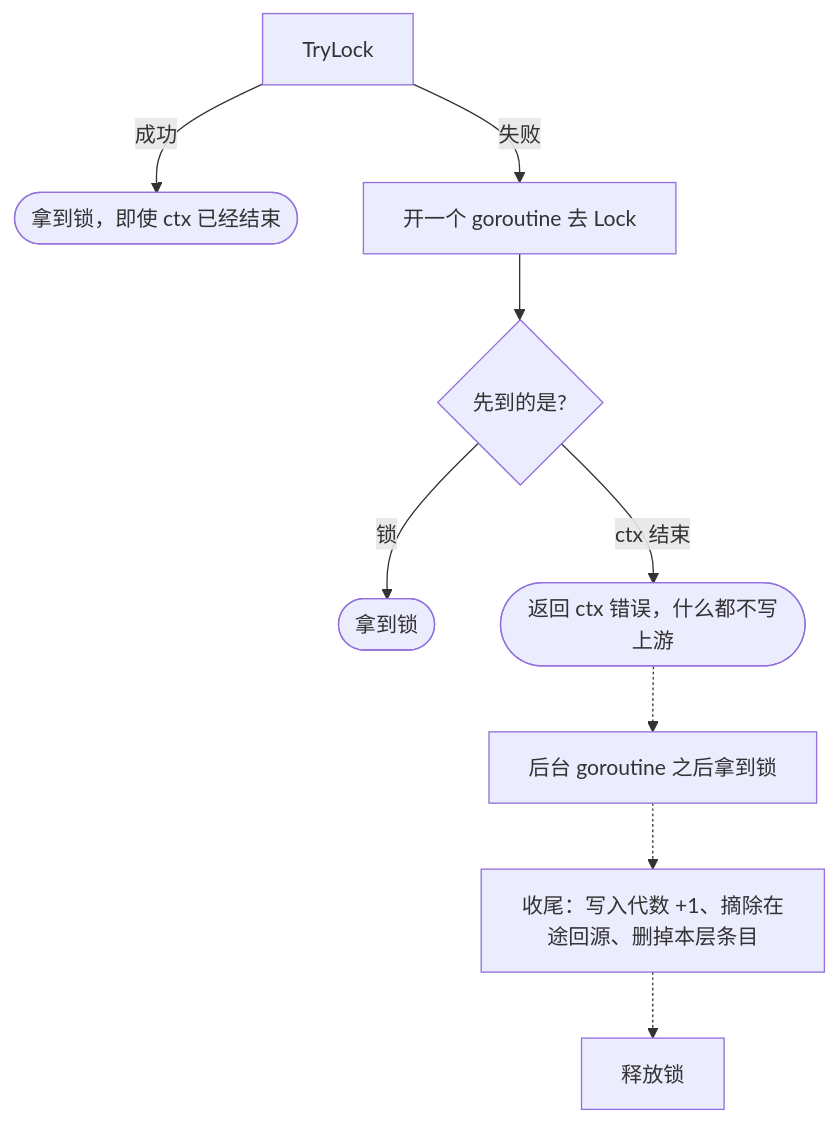
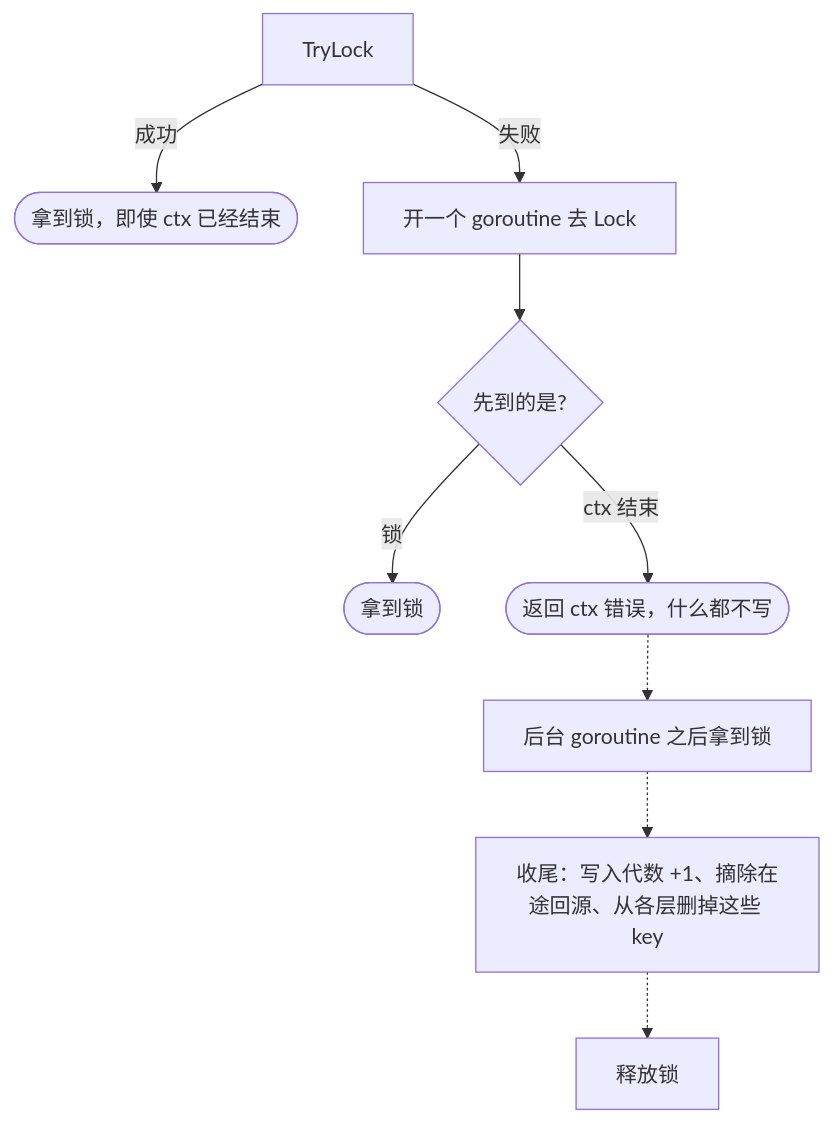
Before and after one commit to theplant/cachex: the eighth of 8 diagrams in docs/design/write-order.md, drawn with Mermaid. The commit also changed other lines of this file and 19 other files, not shown here.

````diff
--- a/docs/design/write-order.md
+++ b/docs/design/write-order.md
@@ -271,11 +259,11 @@
 ```mermaid
 flowchart TD
     a[TryLock] -- 成功 --> ok([拿到锁，即使 ctx 已经结束])
     a -- 失败 --> b[开一个 goroutine 去 Lock]
     b --> c{先到的是?}
     c -- 锁 --> ok2([拿到锁])
-    c -- ctx 结束 --> d([返回 ctx 错误，什么都不写上游])
+    c -- ctx 结束 --> d([返回 ctx 错误，什么都不写])
     d -.-> e[后台 goroutine 之后拿到锁]
-    e -.-> f[收尾：写入代数 +1、摘除在途回源、删掉本层条目]
+    e -.-> f[收尾：写入代数 +1、摘除在途回源、从各层删掉这些 key]
     f -.-> g[释放锁]
 ```
````
